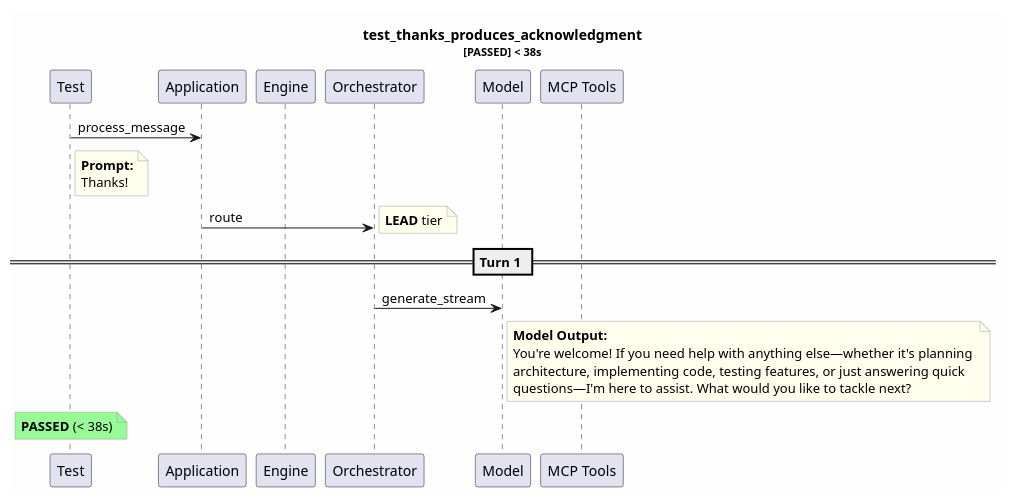
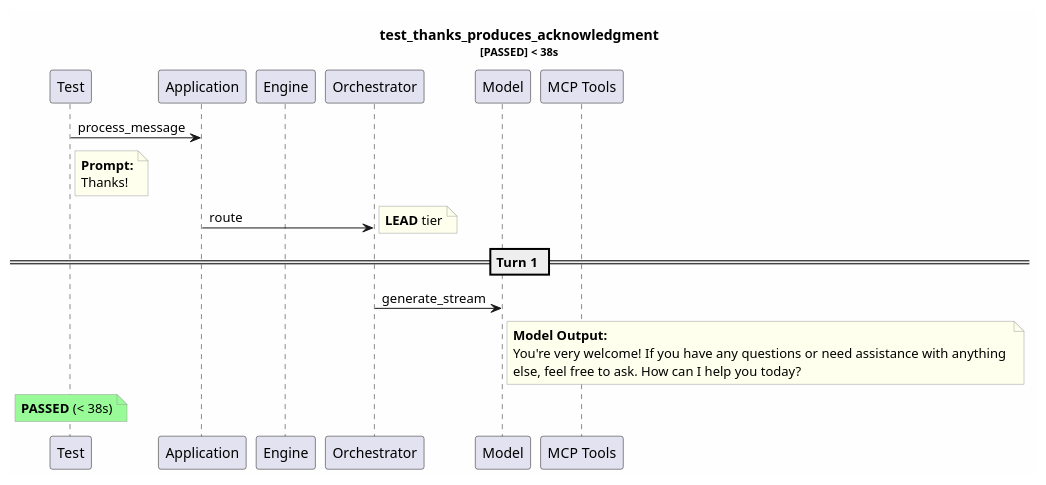
The diagram in test-reports/logs/test_thanks_produces_acknowledgment/test_thanks_produces_acknowledgment.puml (tvanfossen/entropic), drawn with PlantUML before and after one commit. The commit also changed 11 other files, not shown here.

```diff
--- a/test-reports/logs/test_thanks_produces_acknowledgment/test_thanks_produces_acknowledgment.puml
+++ b/test-reports/logs/test_thanks_produces_acknowledgment/test_thanks_produces_acknowledgment.puml
@@ -1,33 +1,32 @@
 @startuml
 skinparam backgroundColor #FEFEFE
 skinparam noteBorderColor #999999
 skinparam noteBackgroundColor #FFFFEE
 title test_thanks_produces_acknowledgment\n<size:11>[PASSED] < 38s</size>
 
 participant "Test" as T
 participant "Application" as App
 participant "Engine" as Eng
 participant "Orchestrator" as Orch
 participant "Model" as Mdl
 participant "MCP Tools" as MCP
 
 T -> App: process_message
 note right of T
   **Prompt:**
   Thanks!
 end note
 App -> Orch: route
 note right: **LEAD** tier
 == Turn 1 ==
 Orch -> Mdl: generate_stream
 note right of Mdl
   **Model Output:**
-  You're welcome! If you need help with anything else—whether it's planning 
-  architecture, implementing code, testing features, or just answering quick 
-  questions—I'm here to assist. What would you like to tackle next?
+  You're very welcome! If you have any questions or need assistance with anything 
+  else, feel free to ask. How can I help you today?
 end note
 note over T #palegreen
   **PASSED** (< 38s)
 end note
 
 @enduml
```
